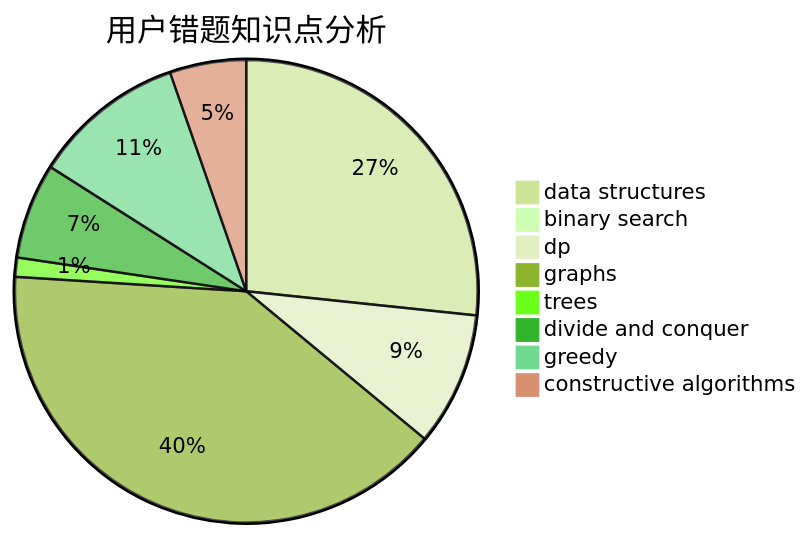
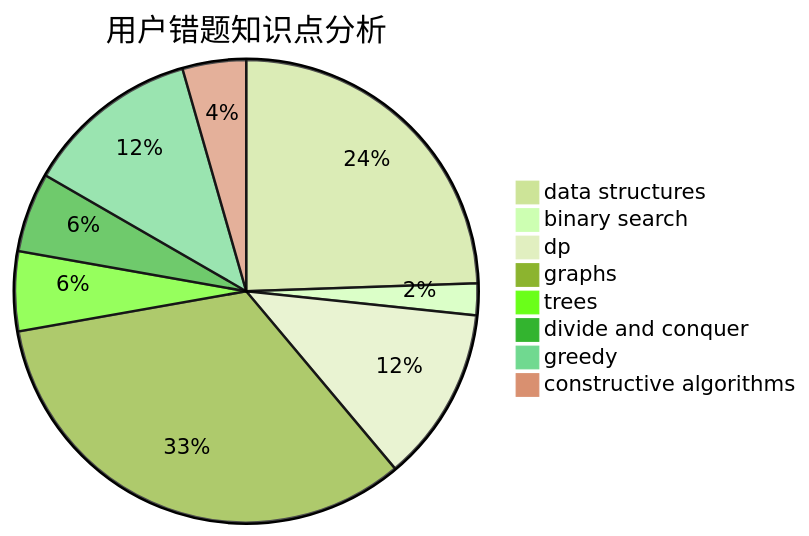
Before and after one commit to sherpahu/cfrs.github.io: the third of 3 diagrams in docs/user/u2534.md, drawn with Mermaid (forest theme). The commit also changed other lines of this file and 2770 other files, not shown here.

````diff
--- a/docs/user/u2534.md
+++ b/docs/user/u2534.md
@@ -36,11 +36,11 @@
 ```mermaid
 pie title 用户错题知识点分析
-    "data structures" :  20
-    "binary search" :  0
-    "dp" :  7
+    "data structures" :  22
+    "binary search" :  2
+    "dp" :  11
     "graphs" :  30
-    "trees" :  1
+    "trees" :  5
     "divide and conquer" :  5
-    "greedy" :  8
+    "greedy" :  11
     "constructive algorithms" :  4
 ```
````
